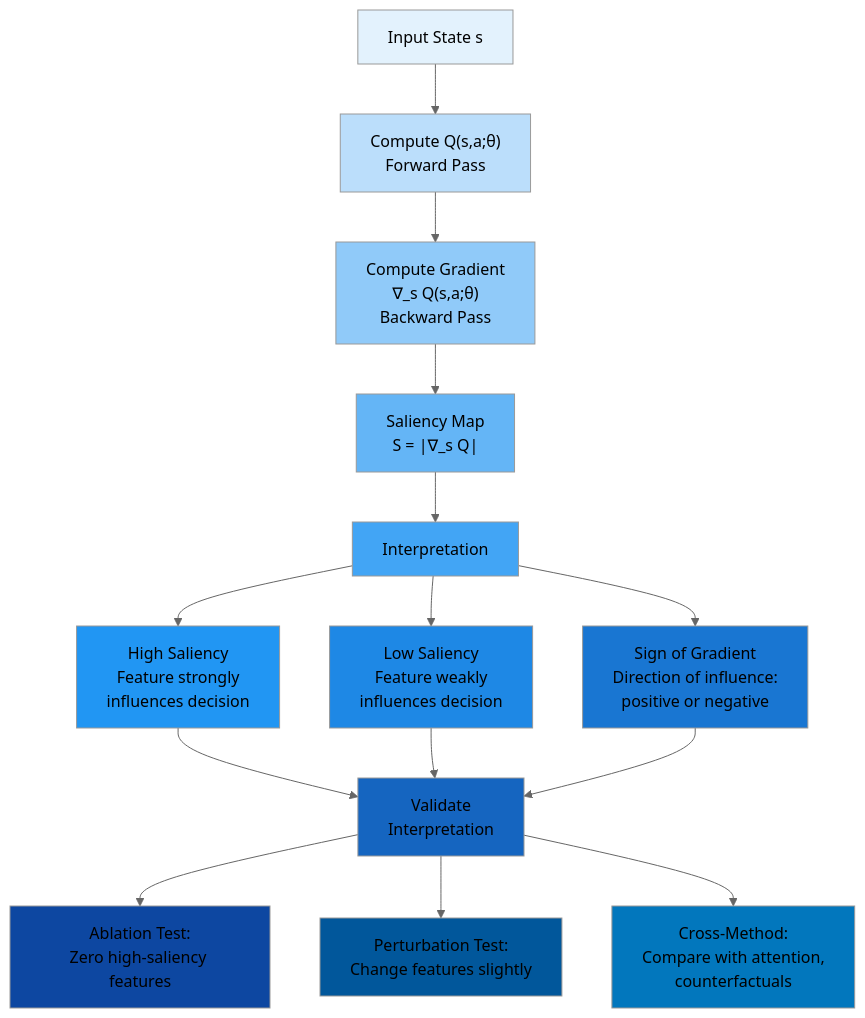
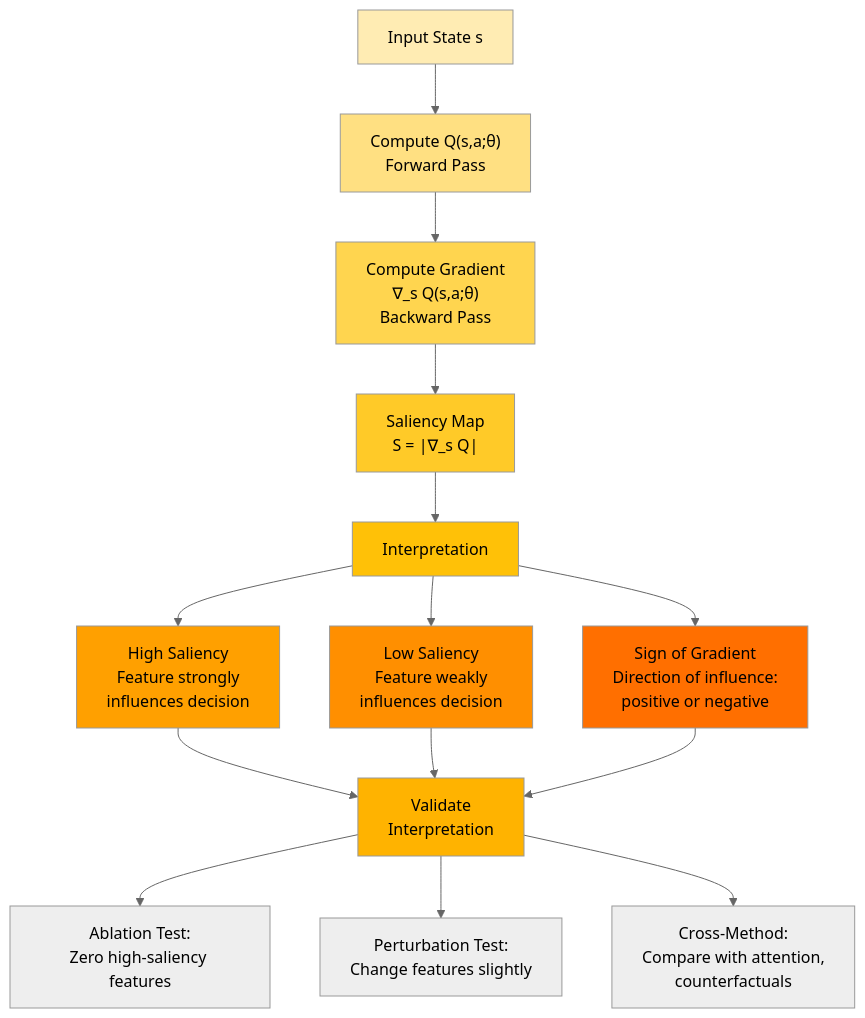
One commit to Chaklader/DPRL-Value-based-methods changed the fifth of 10 diagrams in C_7.md. Above: the diagram before and after it, drawn with Mermaid (neutral theme). The commit also changed other lines of this file, not shown here.

Commit message:
The commit is successful

````diff
--- a/C_7.md
+++ b/C_7.md
@@ -1072,32 +1072,29 @@
 ```mermaid
 flowchart TD
     A["Input State s"] --> B["Compute Q(s,a;θ)<br>Forward Pass"]
     B --> C["Compute Gradient<br>∇_s Q(s,a;θ)<br>Backward Pass"]
     C --> D["Saliency Map<br>S = |∇_s Q|"]
 
     D --> E["Interpretation"]
-    E --> E1["High Saliency<br>Feature strongly<br>influences decision"]
-    E --> E2["Low Saliency<br>Feature weakly<br>influences decision"]
-    E --> E3["Sign of Gradient<br>Direction of influence:<br>positive or negative"]
+    E --> G["High Saliency<br>Feature strongly<br>influences decision"]
+    E --> H["Low Saliency<br>Feature weakly<br>influences decision"]
+    E --> I["Sign of Gradient<br>Direction of influence:<br>positive or negative"]
 
-    E1 --> F["Validate<br>Interpretation"]
-    E2 --> F
-    E3 --> F
+    G --> F["Validate<br>Interpretation"]
+    H --> F
+    I --> F
 
     F --> F1["Ablation Test:<br>Zero high-saliency features"]
     F --> F2["Perturbation Test:<br>Change features slightly"]
     F --> F3["Cross-Method:<br>Compare with attention,<br>counterfactuals"]
 
-    style A fill:#E3F2FD
-    style B fill:#BBDEFB
-    style C fill:#90CAF9
-    style D fill:#64B5F6
-    style E fill:#42A5F5
-    style E1 fill:#2196F3
-    style E2 fill:#1E88E5
-    style E3 fill:#1976D2
-    style F fill:#1565C0
-    style F1 fill:#0D47A1
-    style F2 fill:#01579B
-    style F3 fill:#0277BD
+style A fill:#FFECB3
+style B fill:#FFE082
+style C fill:#FFD54F
+style D fill:#FFCA28
+style E fill:#FFC107
+style F fill:#FFB300
+style G fill:#FFA000
+style H fill:#FF8F00
+style I fill:#FF6F00
 ```
````
